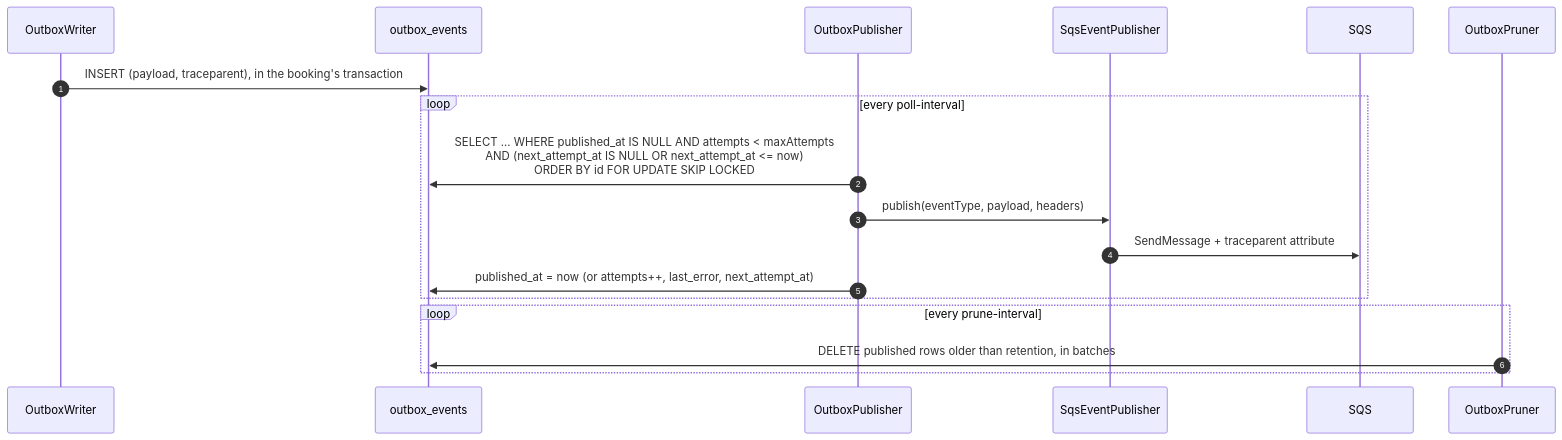
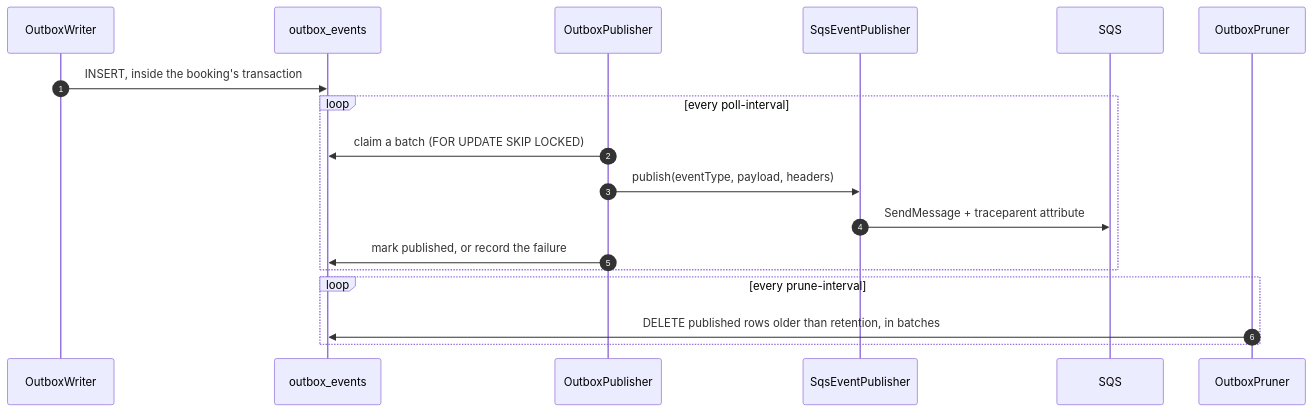
The third of 7 diagrams in doc/ARCHITECTURE.md (smit-lakhani-13/flight-ops-services), drawn with Mermaid before and after one commit. The commit also changed other lines of this file and 22 other files, not shown here.

````diff
--- a/doc/ARCHITECTURE.md
+++ b/doc/ARCHITECTURE.md
@@ -292,21 +292,21 @@
 ```mermaid
 sequenceDiagram
     autonumber
     participant W as OutboxWriter
     participant DB as outbox_events
     participant P as OutboxPublisher
     participant Pub as SqsEventPublisher
     participant Q as SQS
     participant Pr as OutboxPruner
 
-    W->>DB: INSERT (payload, traceparent), in the booking's transaction
+    W->>DB: INSERT, inside the booking's transaction
     loop every poll-interval
-        P->>DB: SELECT ... WHERE published_at IS NULL AND attempts < maxAttempts<br/>AND (next_attempt_at IS NULL OR next_attempt_at <= now)<br/>ORDER BY id FOR UPDATE SKIP LOCKED
+        P->>DB: claim a batch (FOR UPDATE SKIP LOCKED)
         P->>Pub: publish(eventType, payload, headers)
         Pub->>Q: SendMessage + traceparent attribute
-        P->>DB: published_at = now  (or attempts++, last_error, next_attempt_at)
+        P->>DB: mark published, or record the failure
     end
     loop every prune-interval
         Pr->>DB: DELETE published rows older than retention, in batches
     end
 ```
````
